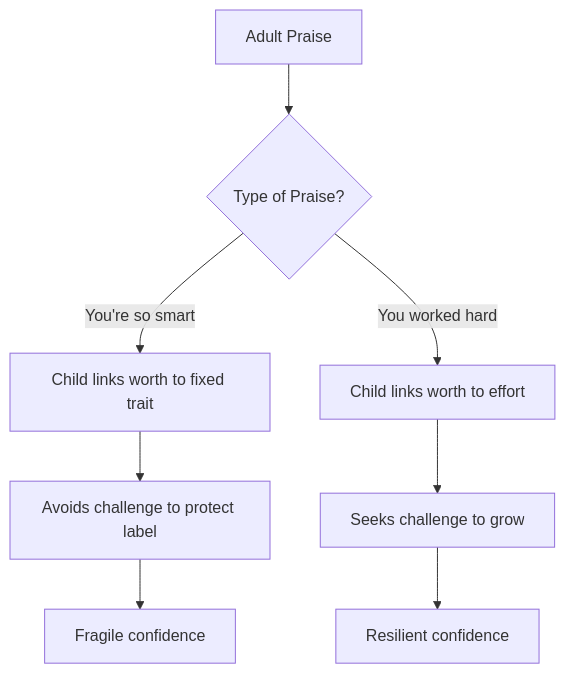
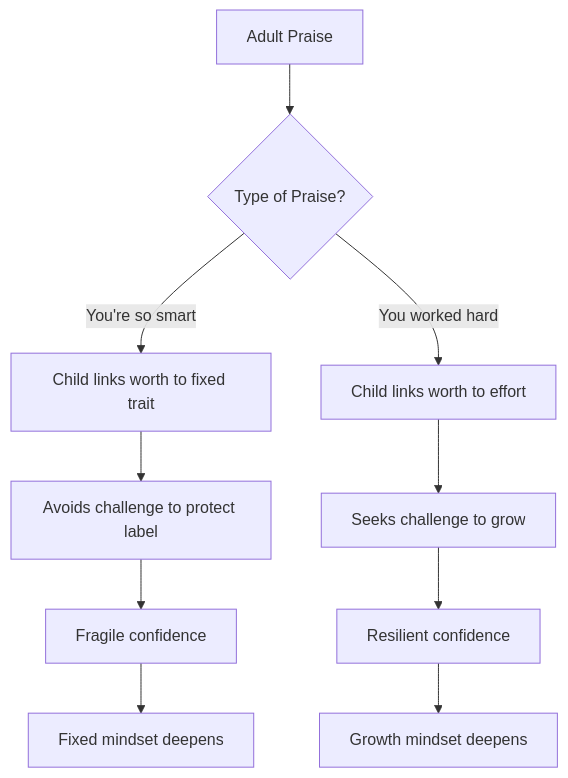
Before and after one commit to alius33/reader: the fifth of 6 diagrams in summaries/Mindset & Self-Mastery/Mindset - Carol S. Dweck.md, drawn with Mermaid. The commit also changed other lines of this file and 272 other files, not shown here.

````diff
--- a/summaries/Mindset & Self-Mastery/Mindset - Carol S. Dweck.md
+++ b/summaries/Mindset & Self-Mastery/Mindset - Carol S. Dweck.md
@@ -570,10 +776,12 @@
 ```mermaid
 flowchart TD
     A[Adult Praise] --> B{Type of Praise?}
     B -->|"You're so smart"| C[Child links worth to fixed trait]
     B -->|"You worked hard"| D[Child links worth to effort]
     C --> E[Avoids challenge to protect label]
     D --> F[Seeks challenge to grow]
     E --> G[Fragile confidence]
     F --> H[Resilient confidence]
+    G --> I[Fixed mindset deepens]
+    H --> J[Growth mindset deepens]
 ```
````
